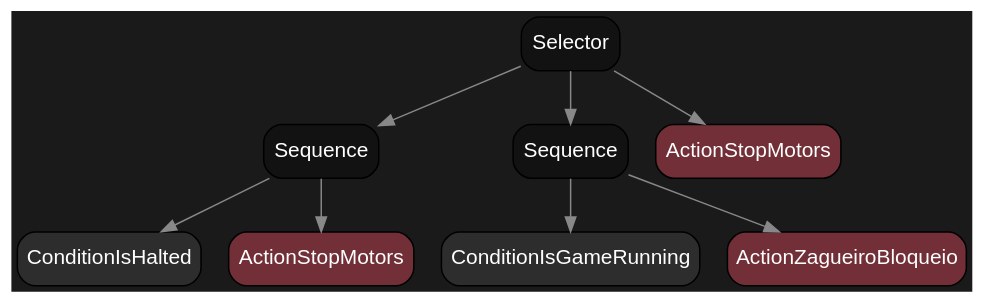
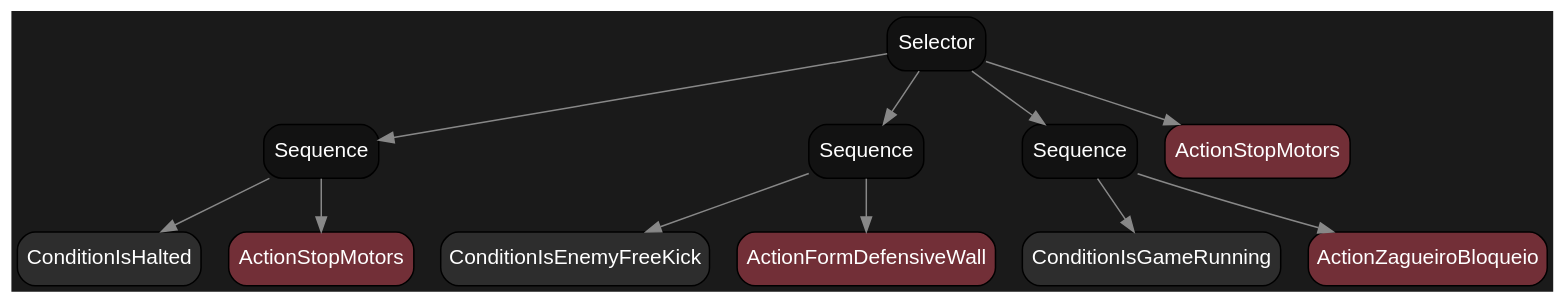
Before and after one commit to Danielgmichels/labind-ssl-ai: the diagram in diagramas/mapa_arvore_zaga_bloqueio.dot, drawn with Graphviz. The commit also changed 24 other files, not shown here.

```diff
--- a/diagramas/mapa_arvore_zaga_bloqueio.dot
+++ b/diagramas/mapa_arvore_zaga_bloqueio.dot
@@ -1,19 +1,25 @@
 digraph BehaviorTree {
     bgcolor="#1a1a1a";
     node [shape=box, style="filled,rounded", fontname="Arial", color="#000000", penwidth=1];
-    "140678237077568" [label="Selector", fillcolor="#121212", fontcolor="white"];
-    "140678237077568" -> "140678236978864" [color="#888888"];
-    "140678236978864" [label="Sequence", fillcolor="#121212", fontcolor="white"];
-    "140678236978864" -> "140678236978768" [color="#888888"];
-    "140678236978768" [label="ConditionIsHalted", fillcolor="#2d2d2d", fontcolor="white"];
-    "140678236978864" -> "140678236978816" [color="#888888"];
-    "140678236978816" [label="ActionStopMotors", fillcolor="#722F37", fontcolor="white"];
-    "140678237077568" -> "140678236979056" [color="#888888"];
-    "140678236979056" [label="Sequence", fillcolor="#121212", fontcolor="white"];
-    "140678236979056" -> "140678236978960" [color="#888888"];
-    "140678236978960" [label="ConditionIsGameRunning", fillcolor="#2d2d2d", fontcolor="white"];
-    "140678236979056" -> "140678236979008" [color="#888888"];
-    "140678236979008" [label="ActionZagueiroBloqueio", fillcolor="#722F37", fontcolor="white"];
-    "140678237077568" -> "140678236979152" [color="#888888"];
-    "140678236979152" [label="ActionStopMotors", fillcolor="#722F37", fontcolor="white"];
+    "140264501898992" [label="Selector", fillcolor="#121212", fontcolor="white"];
+    "140264501898992" -> "140264501898416" [color="#888888"];
+    "140264501898416" [label="Sequence", fillcolor="#121212", fontcolor="white"];
+    "140264501898416" -> "140264501898320" [color="#888888"];
+    "140264501898320" [label="ConditionIsHalted", fillcolor="#2d2d2d", fontcolor="white"];
+    "140264501898416" -> "140264501898368" [color="#888888"];
+    "140264501898368" [label="ActionStopMotors", fillcolor="#722F37", fontcolor="white"];
+    "140264501898992" -> "140264501898656" [color="#888888"];
+    "140264501898656" [label="Sequence", fillcolor="#121212", fontcolor="white"];
+    "140264501898656" -> "140264501898512" [color="#888888"];
+    "140264501898512" [label="ConditionIsEnemyFreeKick", fillcolor="#2d2d2d", fontcolor="white"];
+    "140264501898656" -> "140264501898560" [color="#888888"];
+    "140264501898560" [label="ActionFormDefensiveWall", fillcolor="#722F37", fontcolor="white"];
+    "140264501898992" -> "140264501898848" [color="#888888"];
+    "140264501898848" [label="Sequence", fillcolor="#121212", fontcolor="white"];
+    "140264501898848" -> "140264501898752" [color="#888888"];
+    "140264501898752" [label="ConditionIsGameRunning", fillcolor="#2d2d2d", fontcolor="white"];
+    "140264501898848" -> "140264501898800" [color="#888888"];
+    "140264501898800" [label="ActionZagueiroBloqueio", fillcolor="#722F37", fontcolor="white"];
+    "140264501898992" -> "140264501898944" [color="#888888"];
+    "140264501898944" [label="ActionStopMotors", fillcolor="#722F37", fontcolor="white"];
 }
```
